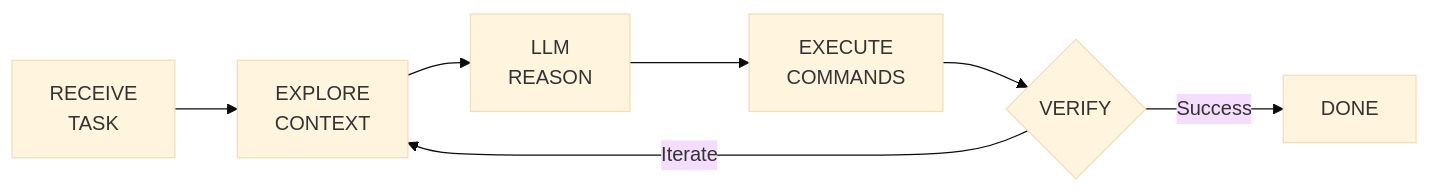
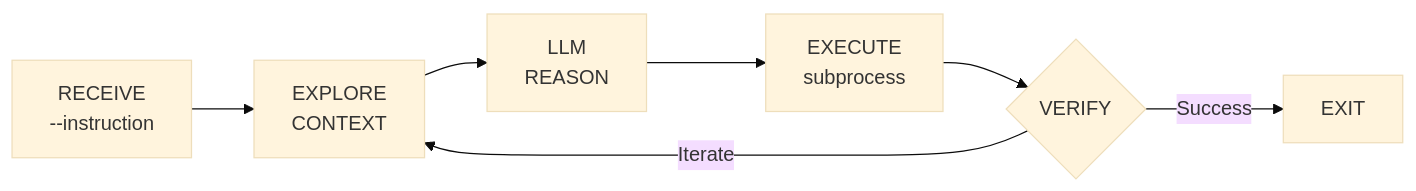
Before and after one commit to PlatformNetwork/baseagent: the diagram in rules/README.md, drawn with Mermaid (base theme). The commit also changed other lines of this file and 13 other files, not shown here.

First line of the commit message:
Replace ctx.shell/ctx.done with subprocess pattern

````diff
--- a/rules/README.md
+++ b/rules/README.md
@@ -127,9 +144,9 @@
 ```mermaid
 flowchart LR
-    A[RECEIVE<br/>TASK] --> B[EXPLORE<br/>CONTEXT]
+    A[RECEIVE<br/>--instruction] --> B[EXPLORE<br/>CONTEXT]
     B --> C[LLM<br/>REASON]
-    C --> D[EXECUTE<br/>COMMANDS]
+    C --> D[EXECUTE<br/>subprocess]
     D --> E{VERIFY}
-    E -->|Success| F[DONE]
+    E -->|Success| F[EXIT]
     E -->|Iterate| B
 ```
````
